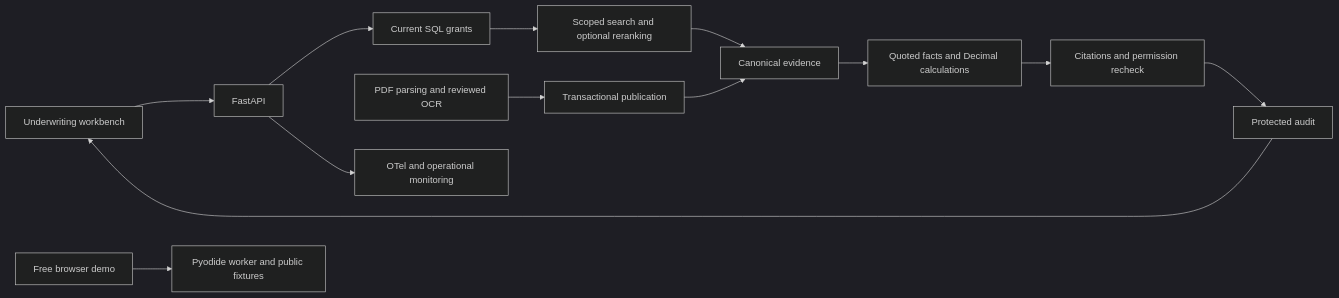
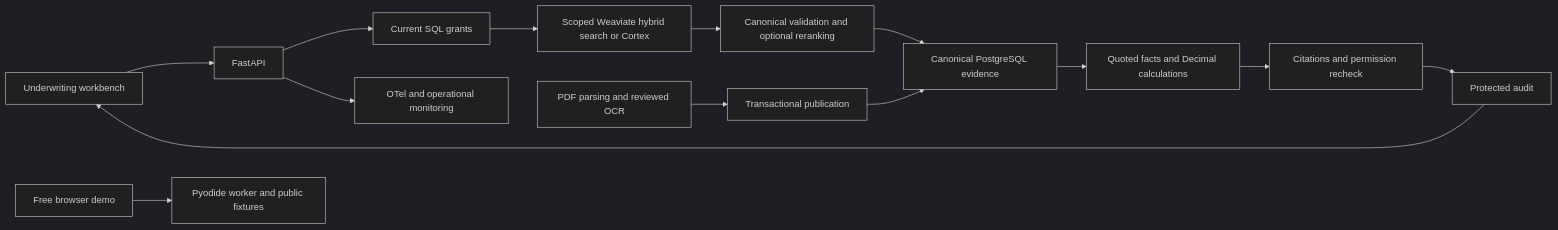
The diagram in README.md (chinmayarvind23/credit-lens), drawn with Mermaid (dark theme) before and after one commit. The commit also changed other lines of this file and 43 other files, not shown here.

````diff
--- a/README.md
+++ b/README.md
@@ -80,15 +78,16 @@
 ```mermaid
 flowchart LR
     UI[Underwriting workbench] --> API[FastAPI]
     API --> Grants[Current SQL grants]
-    Grants --> Search[Scoped search and optional reranking]
-    Search --> Evidence[Canonical evidence]
+    Grants --> Search[Scoped Weaviate hybrid search or Cortex]
+    Search --> Rank[Canonical validation and optional reranking]
+    Rank --> Evidence[Canonical PostgreSQL evidence]
     Evidence --> Packet[Quoted facts and Decimal calculations]
     Packet --> Check[Citations and permission recheck]
     Check --> Audit[Protected audit]
     Audit --> UI
     Ingest[PDF parsing and reviewed OCR] --> Catalog[Transactional publication]
     Catalog --> Evidence
     API --> Trace[OTel and operational monitoring]
     HF[Free browser demo] --> Worker[Pyodide worker and public fixtures]
 ```
````
